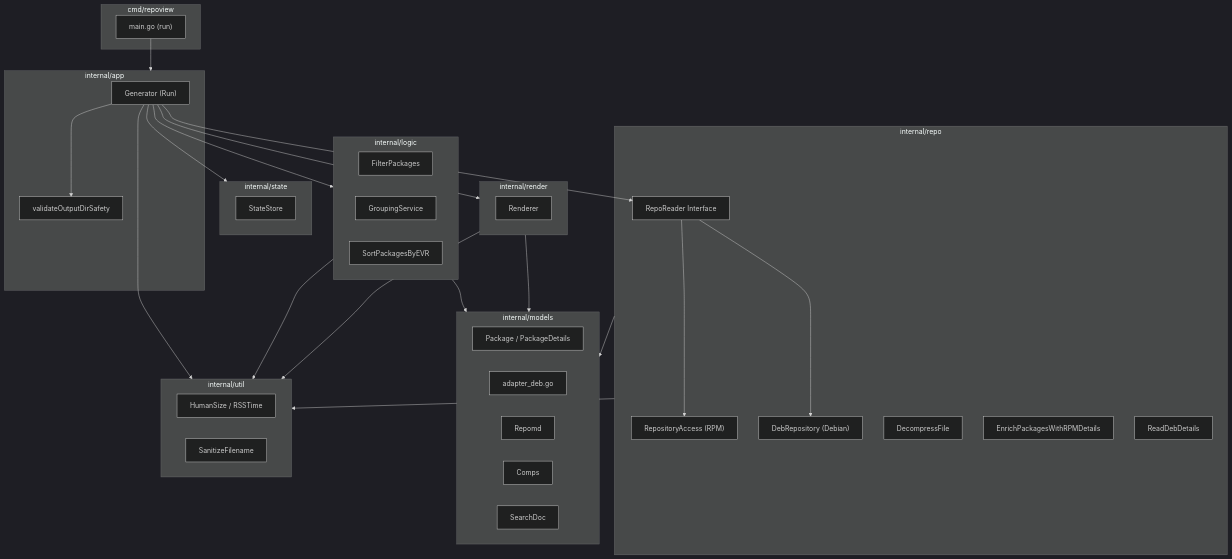
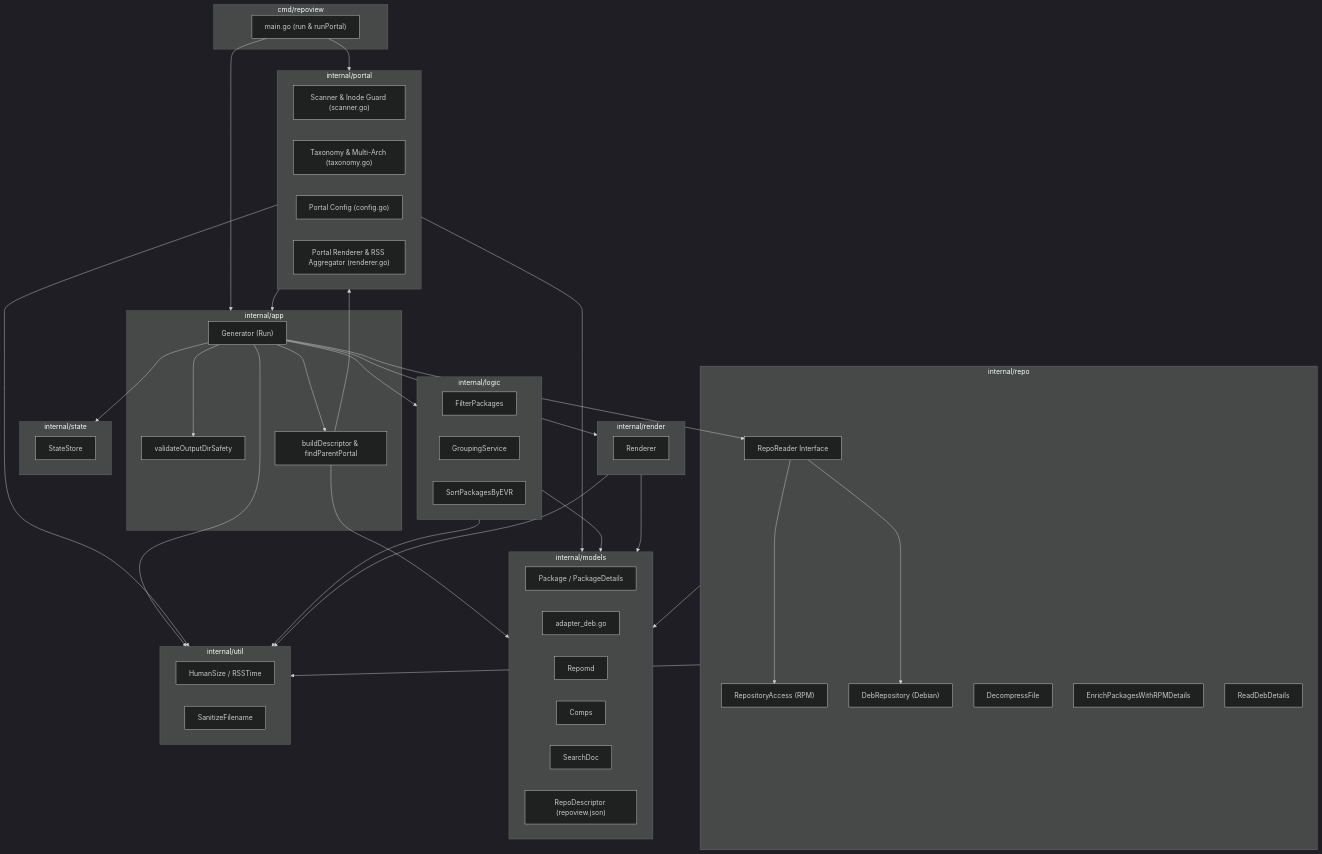
The second of 6 diagrams in ARCHITECTURE.md (edsilegxrepo/repoview-go), drawn with Mermaid (dark theme) before and after one commit. The commit also changed other lines of this file and 33 other files, not shown here.

````diff
--- a/ARCHITECTURE.md
+++ b/ARCHITECTURE.md
@@ -231,64 +258,81 @@
 ```mermaid
 graph TD
     subgraph CMD["cmd/repoview"]
-        MAIN["main.go (run)"]
+        MAIN["main.go (run & runPortal)"]
     end
 
     subgraph APP["internal/app"]
         GEN["Generator (Run)"]
         SAFETY["validateOutputDirSafety"]
+        DESC["buildDescriptor & findParentPortal"]
+    end
+
+    subgraph PORTAL["internal/portal"]
+        SCAN["Scanner & Inode Guard (scanner.go)"]
+        TAXON["Taxonomy & Multi-Arch (taxonomy.go)"]
+        PCFG["Portal Config (config.go)"]
+        PREND["Portal Renderer & RSS Aggregator (renderer.go)"]
     end
 
     subgraph REPO["internal/repo"]
         READER["RepoReader Interface"]
         SQLITE["RepositoryAccess (RPM)"]
         DEB_REPO["DebRepository (Debian)"]
         DECOMP["DecompressFile"]
         RPM["EnrichPackagesWithRPMDetails"]
         DEB_DET["ReadDebDetails"]
     end
 
     subgraph LOGIC["internal/logic"]
         FILTER["FilterPackages"]
         GROUPING["GroupingService"]
         SORTING["SortPackagesByEVR"]
     end
 
     subgraph MODELS["internal/models"]
         PKG["Package / PackageDetails"]
         ADAPTER_DEB["adapter_deb.go"]
         REPOMD_M["Repomd"]
         COMPS_M["Comps"]
         SEARCH_M["SearchDoc"]
+        REPODESC["RepoDescriptor (repoview.json)"]
     end
 
     subgraph STATE["internal/state"]
         STORE["StateStore"]
     end
 
     subgraph RENDER["internal/render"]
         RENDERER["Renderer"]
     end
 
     subgraph UTIL["internal/util"]
         FMT["HumanSize / RSSTime"]
         SAN["SanitizeFilename"]
     end
 
     MAIN --> APP
+    MAIN --> PORTAL
     GEN --> SAFETY
     GEN --> READER
+    GEN --> DESC
+    DESC --> MODELS
+    DESC --> PORTAL
     READER --> SQLITE
     READER --> DEB_REPO
     GEN --> LOGIC
     GEN --> STATE
     GEN --> RENDER
     GEN --> UTIL
+
+    PORTAL --> MODELS
+    PORTAL --> UTIL
+    PORTAL --> APP
 
     REPO --> MODELS
     REPO --> UTIL
     LOGIC --> MODELS
     LOGIC --> UTIL
     RENDER --> MODELS
     RENDER --> UTIL
 ```
````
